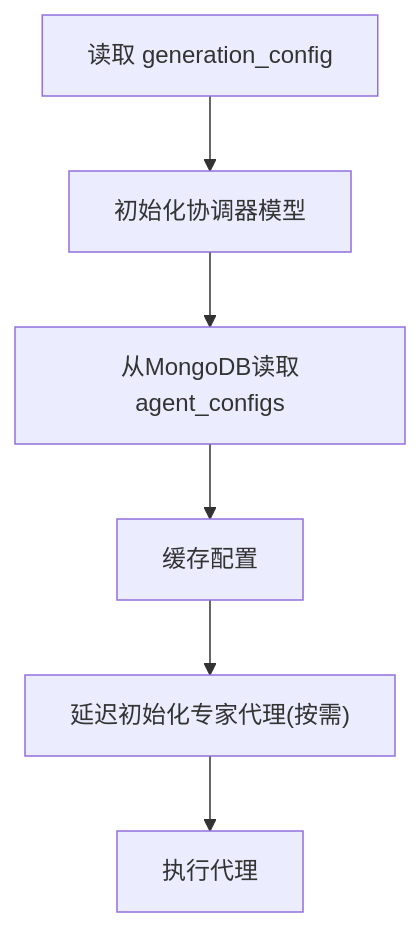
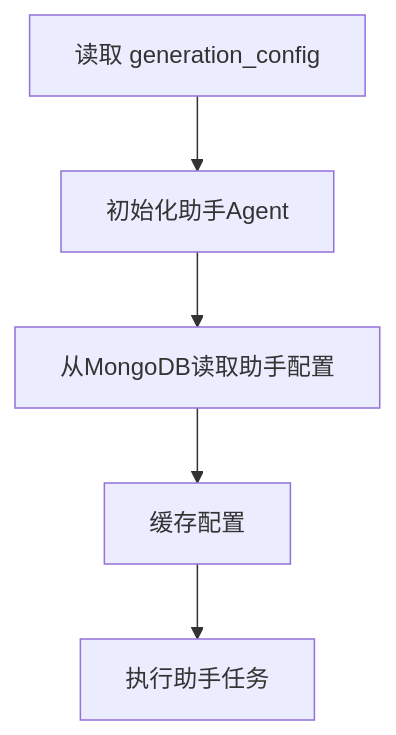
One commit to iammm0/advanced-rag changed the sixth of 7 diagrams in .qoder/repowiki/zh/content/核心功能模块/AI代理系统/代理工作流编排.md. Above: the diagram before and after it, drawn with Mermaid. The commit also changed other lines of this file and 12 other files, not shown here.

````diff
--- a/.qoder/repowiki/zh/content/核心功能模块/AI代理系统/代理工作流编排.md
+++ b/.qoder/repowiki/zh/content/核心功能模块/AI代理系统/代理工作流编排.md
@@ -314,8 +240,7 @@
 ```mermaid
 flowchart TD
-ReadCfg["读取 generation_config"] --> InitCoord["初始化协调器模型"]
-InitCoord --> LoadDB["从MongoDB读取agent_configs"]
+ReadCfg["读取 generation_config"] --> InitAgent["初始化助手Agent"]
+InitAgent --> LoadDB["从MongoDB读取助手配置"]
 LoadDB --> CacheCfg["缓存配置"]
-CacheCfg --> InitExperts["延迟初始化专家代理(按需)"]
-InitExperts --> Exec["执行代理"]
+CacheCfg --> Exec["执行助手任务"]
 ```
````
